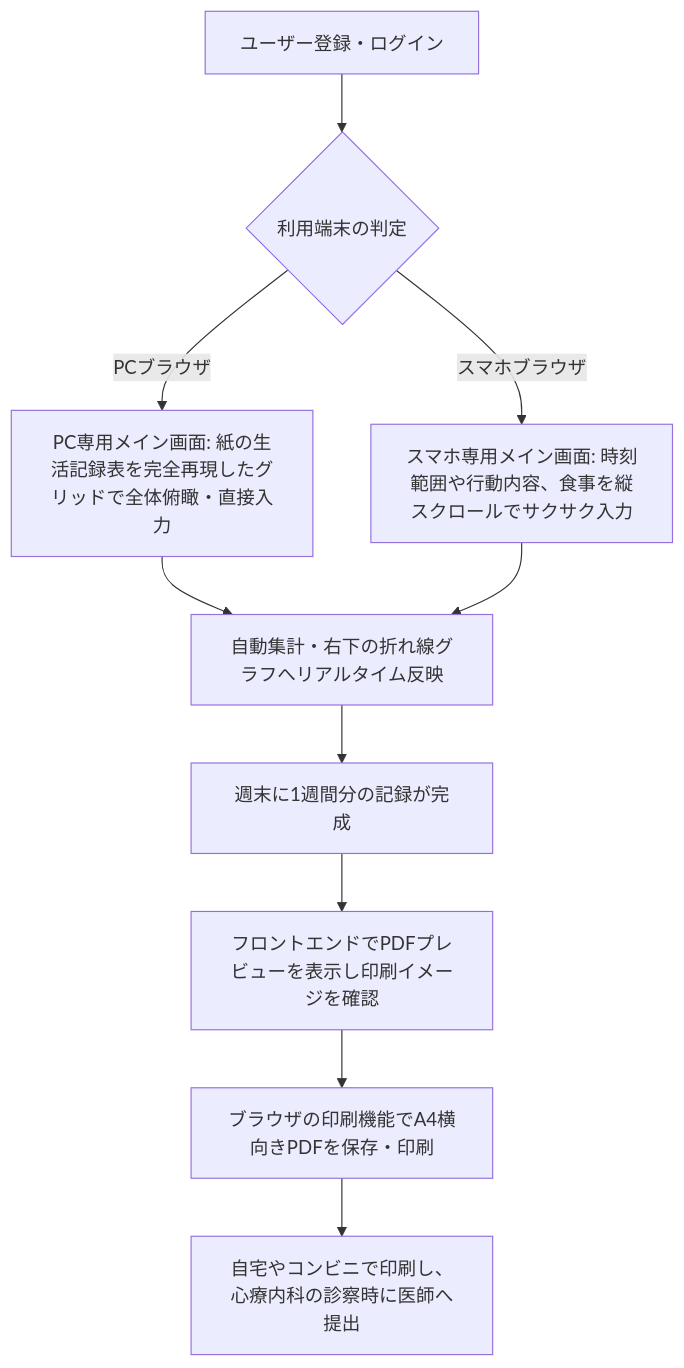
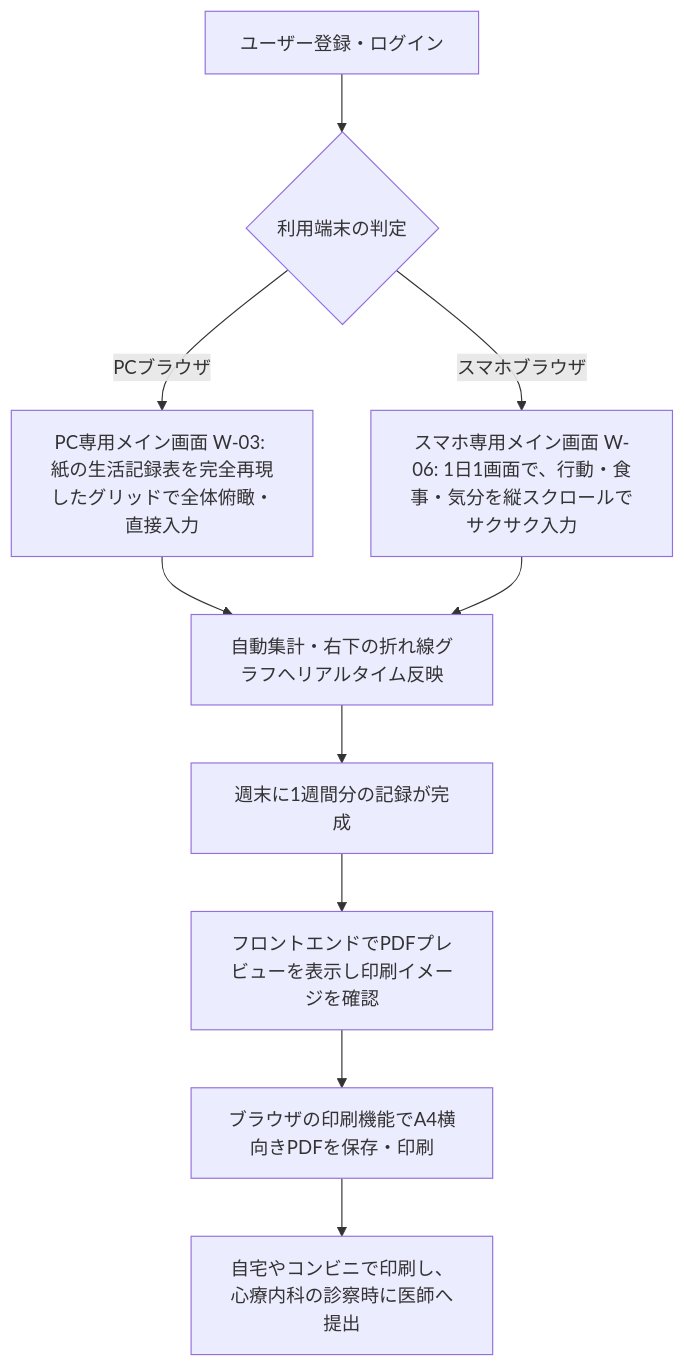
The diagram in docs/要件定義書.md (fm5889rx/repace-app), drawn with Mermaid before and after one commit. The commit also changed other lines of this file and 13 other files, not shown here.

````diff
--- a/docs/要件定義書.md
+++ b/docs/要件定義書.md
@@ -74,12 +76,12 @@
 ```mermaid
 flowchart TD
     A[ユーザー登録・ログイン] --> B{利用端末の判定}
-    B -- PCブラウザ --> C[PC専用メイン画面: 紙の生活記録表を完全再現したグリッドで全体俯瞰・直接入力]
-    B -- スマホブラウザ --> D[スマホ専用メイン画面: 時刻範囲や行動内容、食事を縦スクロールでサクサク入力]
+    B -- PCブラウザ --> C[PC専用メイン画面 W-03: 紙の生活記録表を完全再現したグリッドで全体俯瞰・直接入力]
+    B -- スマホブラウザ --> D[スマホ専用メイン画面 W-06: 1日1画面で、行動・食事・気分を縦スクロールでサクサク入力]
     C --> E[自動集計・右下の折れ線グラフへリアルタイム反映]
     D --> E
     E --> F[週末に1週間分の記録が完成]
     F --> G[フロントエンドでPDFプレビューを表示し印刷イメージを確認]
     G --> J[ブラウザの印刷機能でA4横向きPDFを保存・印刷]
     J --> K[自宅やコンビニで印刷し、心療内科の診察時に医師へ提出]
 ```
````
